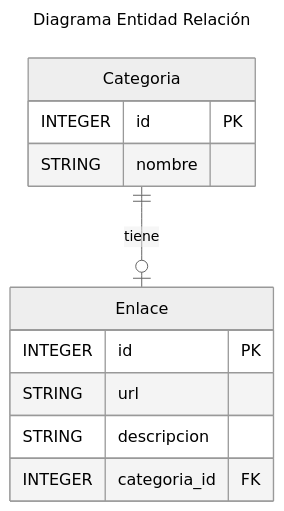
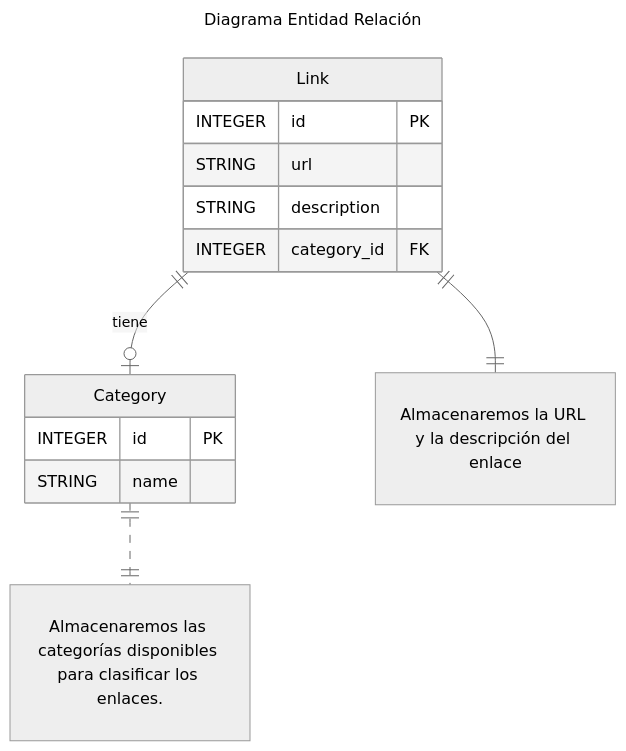
Before and after one commit to EniDev911/portfolio_crispy: the diagram in _posts/lenguajes-de-programacion/python/5-proyectos/2023-12-01-crud-con-sqlite.md, drawn with Mermaid (neutral theme). The commit also changed other lines of this file and 1 other file, not shown here.

````diff
--- a/_posts/lenguajes-de-programacion/python/5-proyectos/2023-12-01-crud-con-sqlite.md
+++ b/_posts/lenguajes-de-programacion/python/5-proyectos/2023-12-01-crud-con-sqlite.md
@@ -12,18 +12,27 @@
 ```mermaid
 ---
 title: "Diagrama Entidad Relación"
 ---
 erDiagram
-    Categoria {
+    Category {
         INTEGER id PK
-        STRING nombre
+        STRING name
     }
-    Enlace {
+    Link {
         INTEGER id PK
         STRING url
-        STRING descripcion
-        INTEGER categoria_id FK
+        STRING description
+        INTEGER category_id FK
+    }
+    C["Almacenaremos las categorías disponibles para clasificar los enlaces."] {
+
     }
     
-    Categoria ||--o| Enlace : "tiene"
+    L["Almacenaremos la URL y la descripción del enlace"] {
+
+    }
+    
+    Category ||..|| C : ""
+    Link ||--|| L : ""
+    Link ||--o| Category : "tiene"
 ```
````
